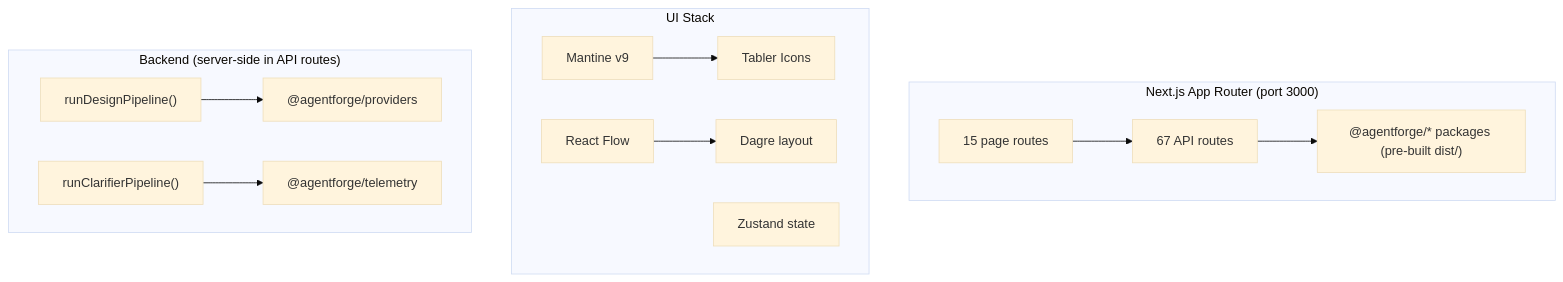
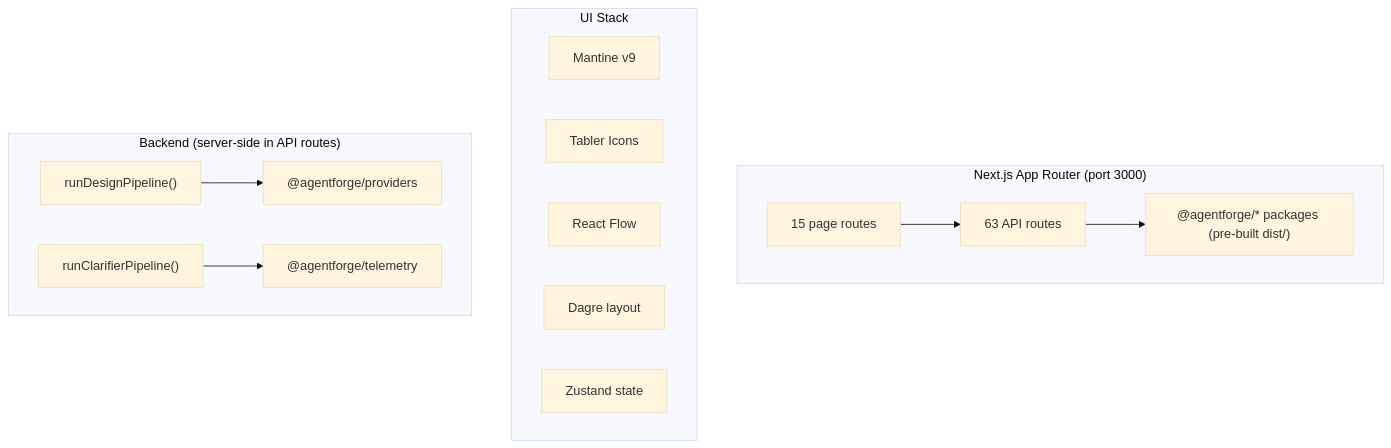
The second of 2 diagrams in docs/concepts/dashboard-architecture.md (praveen-gottala/sdlc-agent-swarms), drawn with Mermaid (base theme) before and after one commit. The commit also changed other lines of this file and 200 other files, not shown here.

````diff
--- a/docs/concepts/dashboard-architecture.md
+++ b/docs/concepts/dashboard-architecture.md
@@ -34,18 +36,20 @@
 ```mermaid
 graph TD
     subgraph Dashboard ["Next.js App Router (port 3000)"]
-        Pages[15 page routes] --> API[67 API routes]
+        Pages[15 page routes] --> API[63 API routes]
         API --> Packages["@agentforge/* packages (pre-built dist/)"]
     end
 
     subgraph UI ["UI Stack"]
-        Mantine[Mantine v9] --> Tabler[Tabler Icons]
-        ReactFlow[React Flow] --> Dagre[Dagre layout]
+        Mantine[Mantine v9]
+        Tabler[Tabler Icons]
+        ReactFlow[React Flow]
+        Dagre[Dagre layout]
         Zustand[Zustand state]
     end
 
     subgraph Backend ["Backend (server-side in API routes)"]
         Pipeline["runDesignPipeline()"] --> Providers["@agentforge/providers"]
         Clarifier["runClarifierPipeline()"] --> Telemetry["@agentforge/telemetry"]
     end
 ```
````
